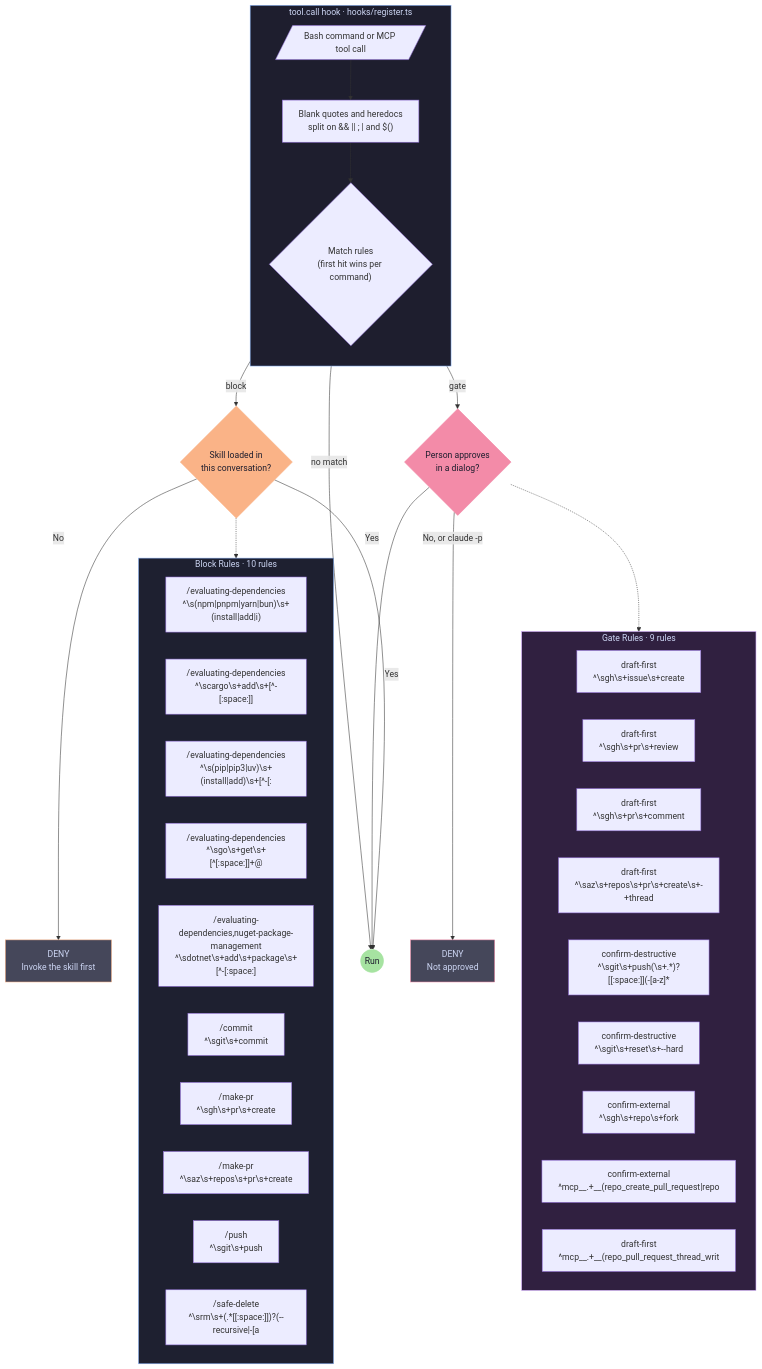
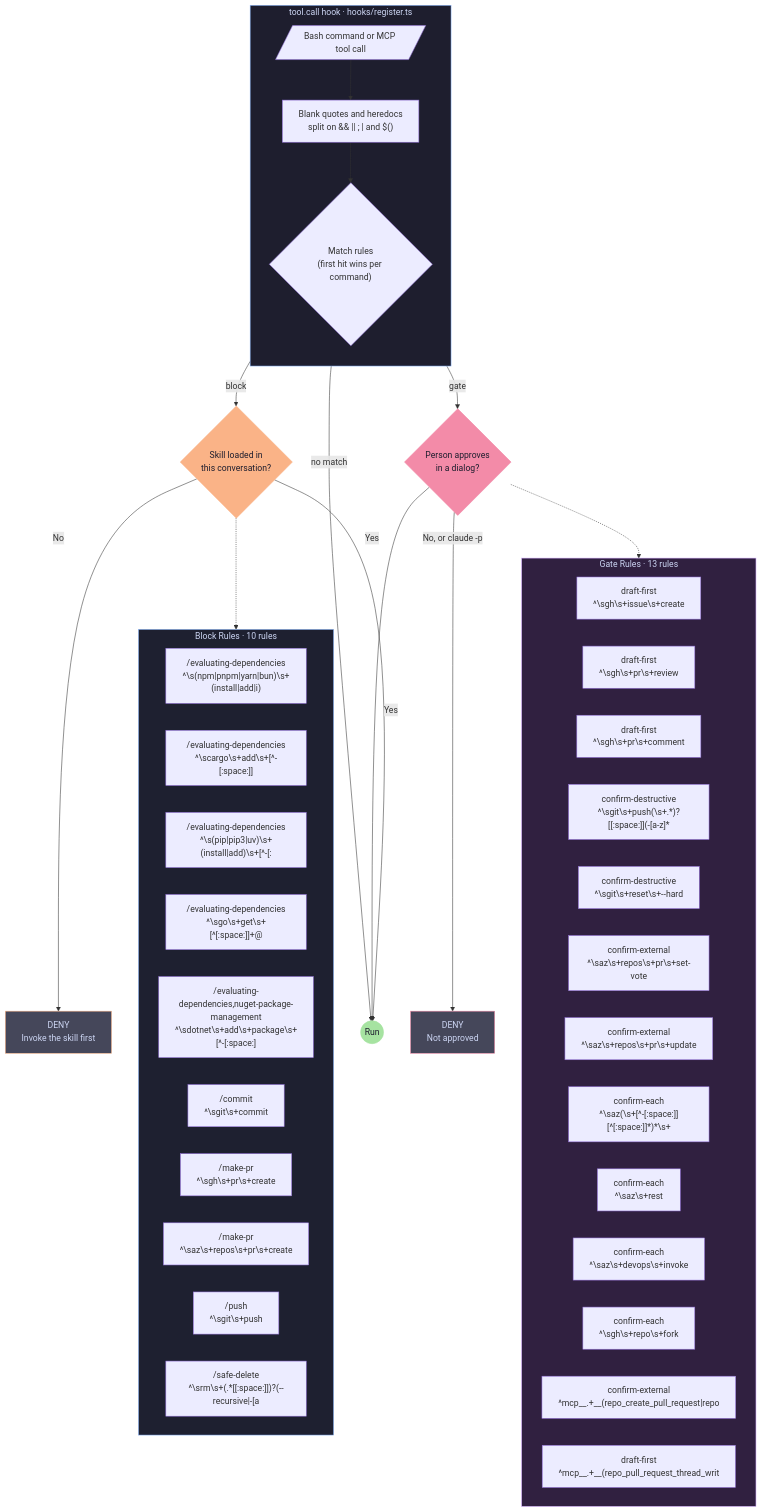
One commit to Saturate/agents changed the diagram in plugins/skill-router/diagrams/hook-flow.mmd. Above: the diagram before and after it, drawn with Mermaid. The commit also changed 10 other files, not shown here.

First line of the commit message:
feat(skill-router): gate and lay out az PR votes, updates and REST calls (#21)

```diff
--- a/plugins/skill-router/diagrams/hook-flow.mmd
+++ b/plugins/skill-router/diagrams/hook-flow.mmd
@@ -1,62 +1,66 @@
 %% Auto-generated from advisor-rules.conf — do not edit by hand
 %% Regenerate: bash plugins/skill-router/scripts/generate-diagrams.sh
 flowchart TB
     subgraph hook["tool.call hook · hooks/register.ts"]
         direction TB
         CMD[/"Bash command or MCP tool call"/]
         NORM["Blank quotes and heredocs\nsplit on && || ; | and $()"]
         MATCH{"Match rules\n(first hit wins per command)"}
 
         CMD --> NORM --> MATCH
     end
 
     LOADED{"Skill loaded in\nthis conversation?"}
     ASK{"Person approves\nin a dialog?"}
     DENY1["DENY\nInvoke the skill first"]
     DENY2["DENY\nNot approved"]
     PASS(("Run"))
 
     MATCH -->|"block"| LOADED
     MATCH -->|"gate"| ASK
     MATCH -->|"no match"| PASS
     LOADED -->|"Yes"| PASS
     LOADED -->|"No"| DENY1
     ASK -->|"Yes"| PASS
     ASK -->|"No, or claude -p"| DENY2
 
-    subgraph gates["Gate Rules · 9 rules"]
+    subgraph gates["Gate Rules · 13 rules"]
         G1["draft-first\n^\sgh\s+issue\s+create"]
         G2["draft-first\n^\sgh\s+pr\s+review"]
         G3["draft-first\n^\sgh\s+pr\s+comment"]
-        G4["draft-first\n^\saz\s+repos\s+pr\s+create\s+-+thread"]
-        G5["confirm-destructive\n^\sgit\s+push(\s+.*)?[[:space:]](-[a-z]*"]
-        G6["confirm-destructive\n^\sgit\s+reset\s+--hard"]
-        G7["confirm-external\n^\sgh\s+repo\s+fork"]
-        G8["confirm-external\n^mcp__.+__(repo_create_pull_request|repo"]
-        G9["draft-first\n^mcp__.+__(repo_pull_request_thread_writ"]
+        G4["confirm-destructive\n^\sgit\s+push(\s+.*)?[[:space:]](-[a-z]*"]
+        G5["confirm-destructive\n^\sgit\s+reset\s+--hard"]
+        G6["confirm-external\n^\saz\s+repos\s+pr\s+set-vote"]
+        G7["confirm-external\n^\saz\s+repos\s+pr\s+update"]
+        G8["confirm-each\n^\saz(\s+[^-[:space:]][^[:space:]]*)*\s+"]
+        G9["confirm-each\n^\saz\s+rest"]
+        G10["confirm-each\n^\saz\s+devops\s+invoke"]
+        G11["confirm-each\n^\sgh\s+repo\s+fork"]
+        G12["confirm-external\n^mcp__.+__(repo_create_pull_request|repo"]
+        G13["draft-first\n^mcp__.+__(repo_pull_request_thread_writ"]
     end
 
     subgraph blocks["Block Rules · 10 rules"]
         B1["/evaluating-dependencies\n^\s(npm|pnpm|yarn|bun)\s+(install|add|i)"]
         B2["/evaluating-dependencies\n^\scargo\s+add\s+[^-[:space:]]"]
         B3["/evaluating-dependencies\n^\s(pip|pip3|uv)\s+(install|add)\s+[^-[:"]
         B4["/evaluating-dependencies\n^\sgo\s+get\s+[^[:space:]]+@"]
         B5["/evaluating-dependencies,nuget-package-management\n^\sdotnet\s+add\s+package\s+[^-[:space:]"]
         B6["/commit\n^\sgit\s+commit"]
         B7["/make-pr\n^\sgh\s+pr\s+create"]
         B8["/make-pr\n^\saz\s+repos\s+pr\s+create"]
         B9["/push\n^\sgit\s+push"]
         B10["/safe-delete\n^\srm\s+(.*[[:space:]])?(--recursive|-[a"]
     end
 
     ASK -.-> gates
     LOADED -.-> blocks
 
     style hook fill:#1e1e2e,stroke:#89b4fa,color:#cdd6f4
     style ASK fill:#f38ba8,stroke:#f38ba8,color:#1e1e2e
     style LOADED fill:#fab387,stroke:#fab387,color:#1e1e2e
     style DENY1 fill:#45475a,stroke:#fab387,color:#cdd6f4
     style DENY2 fill:#45475a,stroke:#f38ba8,color:#cdd6f4
     style PASS fill:#a6e3a1,stroke:#a6e3a1,color:#1e1e2e
     style gates fill:#302040,stroke:#cba6f7,color:#cdd6f4
     style blocks fill:#1e2030,stroke:#89b4fa,color:#cdd6f4
```
